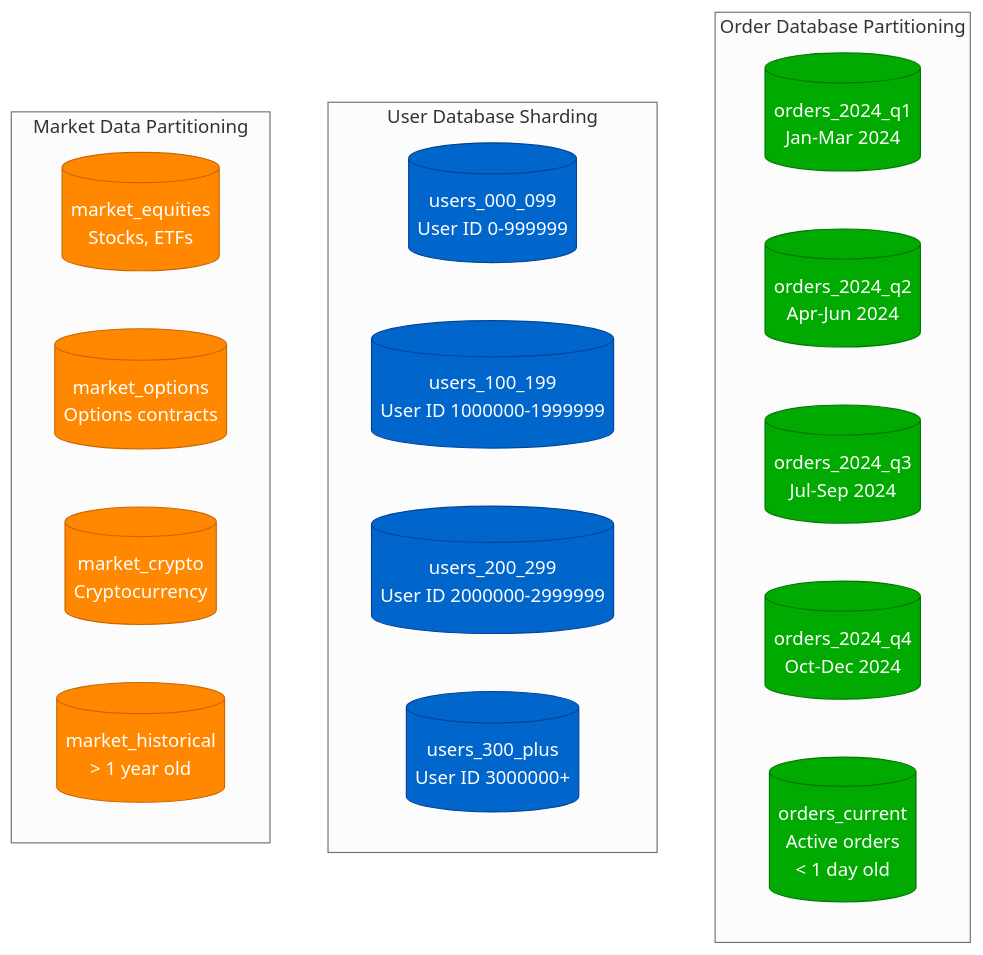
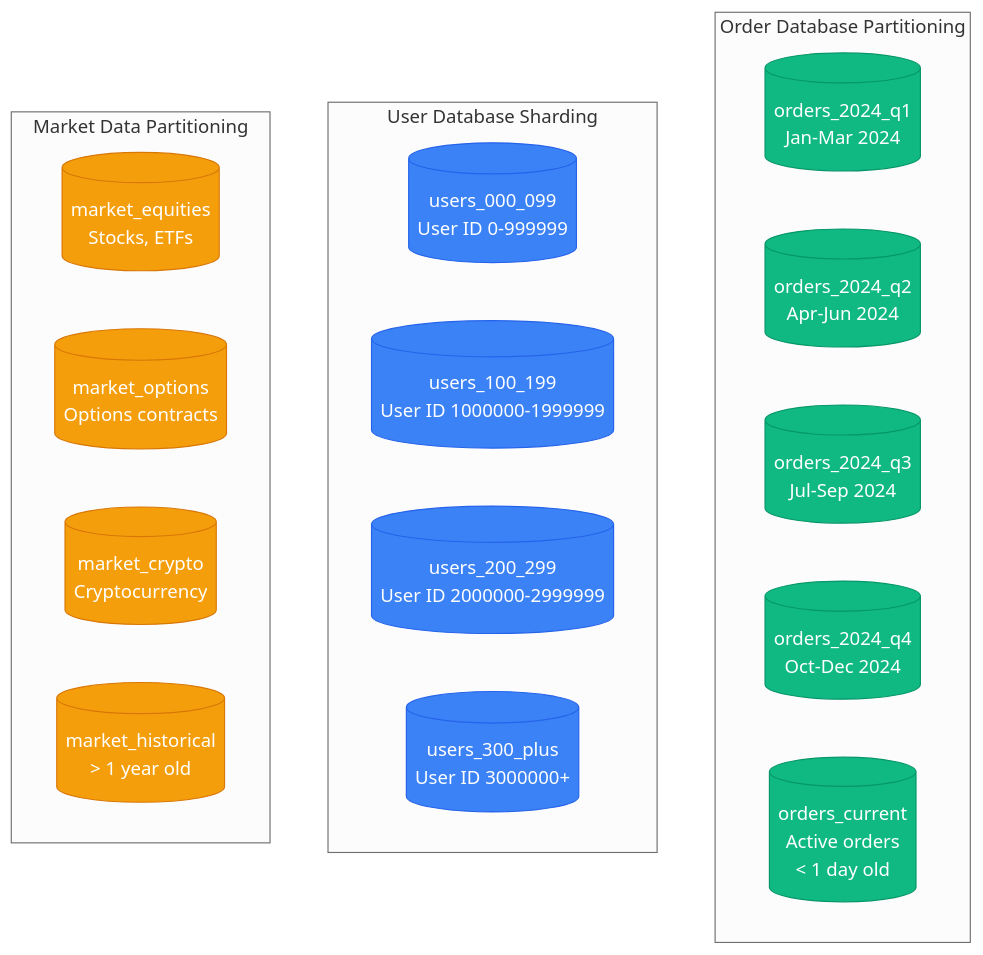
The third of 5 diagrams in site/docs/systems/robinhood/03-storage-architecture.md (deepaucksharma/DS), drawn with Mermaid (neutral theme) before and after one commit. The commit also changed other lines of this file and 187 other files, not shown here.

````diff
--- a/site/docs/systems/robinhood/03-storage-architecture.md
+++ b/site/docs/systems/robinhood/03-storage-architecture.md
@@ -162,32 +162,32 @@
 ```mermaid
 graph TB
     subgraph OrderPartitioning[Order Database Partitioning]
         ORDERS_2024[(orders_2024_q1<br/>Jan-Mar 2024)]
         ORDERS_2024_Q2[(orders_2024_q2<br/>Apr-Jun 2024)]
         ORDERS_2024_Q3[(orders_2024_q3<br/>Jul-Sep 2024)]
         ORDERS_2024_Q4[(orders_2024_q4<br/>Oct-Dec 2024)]
         ORDERS_HOT[(orders_current<br/>Active orders<br/>< 1 day old)]
     end
 
     subgraph UserPartitioning[User Database Sharding]
         USERS_SHARD1[(users_000_099<br/>User ID 0-999999)]
         USERS_SHARD2[(users_100_199<br/>User ID 1000000-1999999)]
         USERS_SHARD3[(users_200_299<br/>User ID 2000000-2999999)]
         USERS_SHARD4[(users_300_plus<br/>User ID 3000000+)]
     end
 
     subgraph MarketPartitioning[Market Data Partitioning]
         MARKET_EQUITIES[(market_equities<br/>Stocks, ETFs)]
         MARKET_OPTIONS[(market_options<br/>Options contracts)]
         MARKET_CRYPTO[(market_crypto<br/>Cryptocurrency)]
         MARKET_HISTORICAL[(market_historical<br/>> 1 year old)]
     end
 
-    classDef orderStyle fill:#00AA00,stroke:#007700,color:#fff
-    classDef userStyle fill:#0066CC,stroke:#004499,color:#fff
-    classDef marketStyle fill:#FF8800,stroke:#CC6600,color:#fff
+    classDef orderStyle fill:#10B981,stroke:#059669,color:#fff
+    classDef userStyle fill:#3B82F6,stroke:#2563EB,color:#fff
+    classDef marketStyle fill:#F59E0B,stroke:#D97706,color:#fff
 
     class ORDERS_2024,ORDERS_2024_Q2,ORDERS_2024_Q3,ORDERS_2024_Q4,ORDERS_HOT orderStyle
     class USERS_SHARD1,USERS_SHARD2,USERS_SHARD3,USERS_SHARD4 userStyle
     class MARKET_EQUITIES,MARKET_OPTIONS,MARKET_CRYPTO,MARKET_HISTORICAL marketStyle
 ```
````
